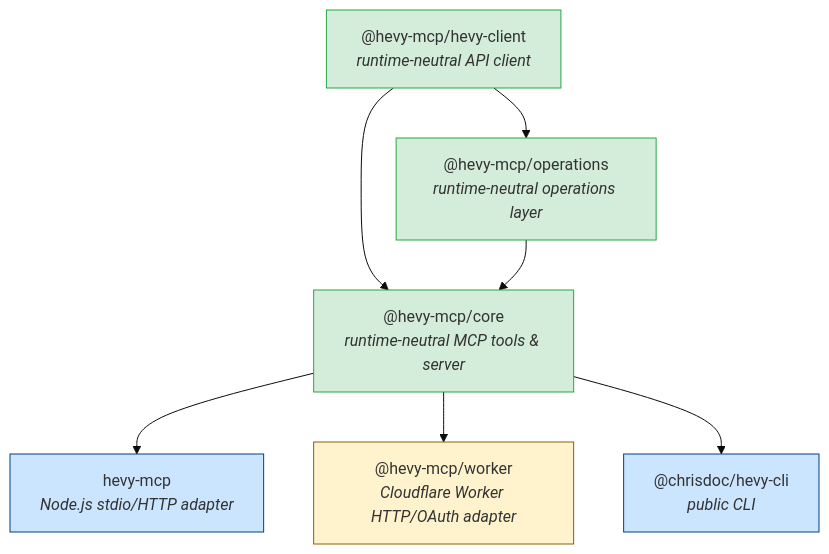
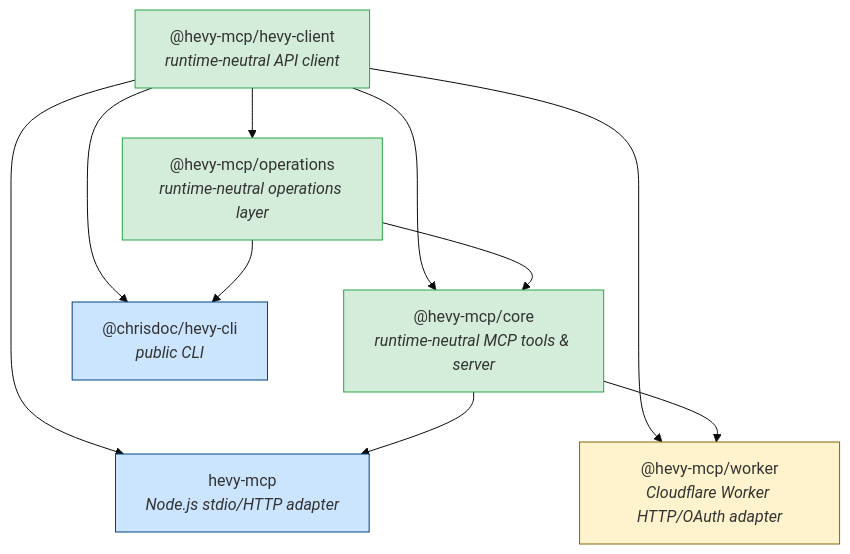
Before and after one commit to chrisdoc/hevy-mcp: the first of 2 diagrams in docs/architecture.md, drawn with Mermaid (base theme). The commit also changed other lines of this file and 26 other files, not shown here.

First line of the commit message:
refactor: decouple CLI from MCP Core #1174 (#1184)

````diff
--- a/docs/architecture.md
+++ b/docs/architecture.md
@@ -37,23 +37,26 @@
 ```mermaid
 graph TD
     HC["@hevy-mcp/hevy-client<br/><i>runtime-neutral API client</i>"]
     OPS["@hevy-mcp/operations<br/><i>runtime-neutral operations layer</i>"]
     CORE["@hevy-mcp/core<br/><i>runtime-neutral MCP tools &amp; server</i>"]
     NODE["hevy-mcp<br/><i>Node.js stdio/HTTP adapter</i>"]
     WORKER["@hevy-mcp/worker<br/><i>Cloudflare Worker HTTP/OAuth adapter</i>"]
     CLI["@chrisdoc/hevy-cli<br/><i>public CLI</i>"]
 
     HC --> OPS
     HC --> CORE
+    HC --> NODE
+    HC --> WORKER
+    HC --> CLI
     OPS --> CORE
+    OPS --> CLI
     CORE --> NODE
     CORE --> WORKER
-    CORE --> CLI
 
     style HC fill:#d4edda,stroke:#28a745
     style OPS fill:#d4edda,stroke:#28a745
     style CORE fill:#d4edda,stroke:#28a745
     style NODE fill:#cce5ff,stroke:#004085
     style WORKER fill:#fff3cd,stroke:#856404
     style CLI fill:#cce5ff,stroke:#004085
 ```
````
